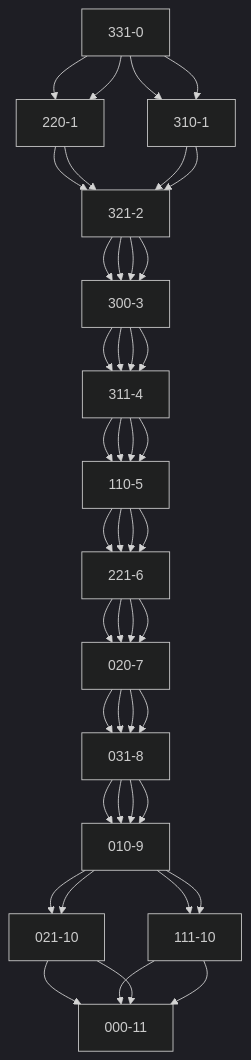
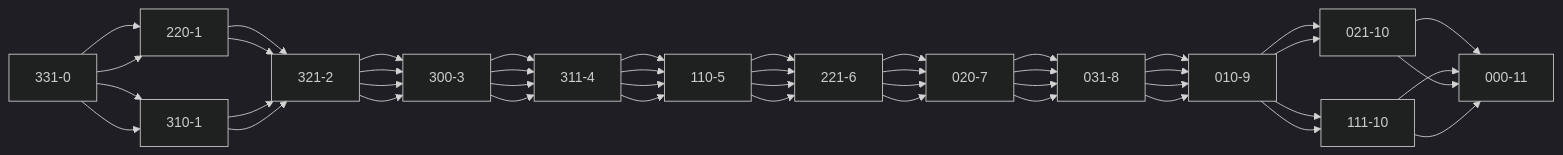
One commit to xsro/university-learning-code changed the diagram in 大三下/人工智能技术/传道士与野人问题 状态空间法/README.md. Above: the diagram before and after it, drawn with Mermaid (dark theme). The commit also changed other lines of this file, not shown here.

Commit message:
人工智能技术 传道士与野人问题修缮

````diff
--- a/大三下/人工智能技术/传道士与野人问题 状态空间法/README.md
+++ b/大三下/人工智能技术/传道士与野人问题 状态空间法/README.md
@@ -15,11 +15,12 @@
 ```mermaid
-graph TB
+graph LR
+
 %%1:
 331-0-->220-1-->321-2-->300-3-->311-4-->110-5-->221-6-->020-7-->031-8-->010-9-->021-10-->000-11
 %%2:
 331-0-->220-1-->321-2-->300-3-->311-4-->110-5-->221-6-->020-7-->031-8-->010-9-->111-10-->000-11
 %%3:
 331-0-->310-1-->321-2-->300-3-->311-4-->110-5-->221-6-->020-7-->031-8-->010-9-->021-10-->000-11
 %%4:
 331-0-->310-1-->321-2-->300-3-->311-4-->110-5-->221-6-->020-7-->031-8-->010-9-->111-10-->000-11
 ```
````
